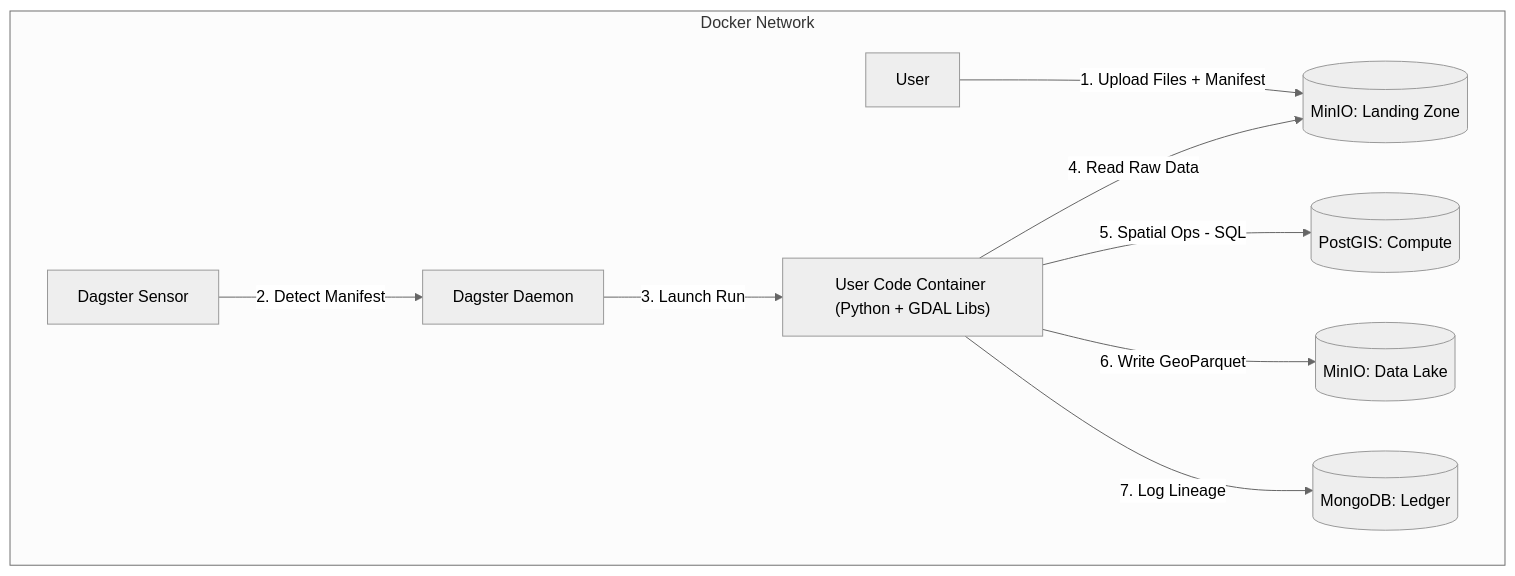
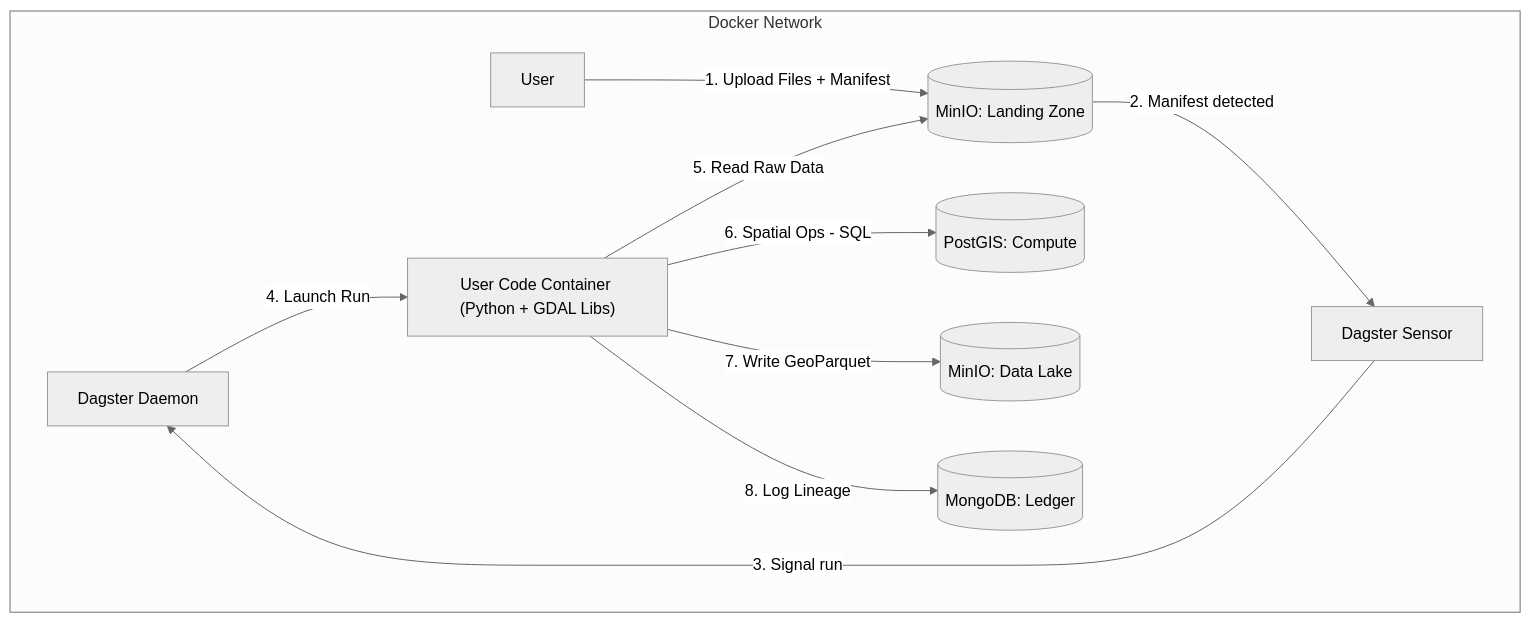
One commit to imarshallwidjaja/data-etl-dagster changed the diagram in CONTEXT.md. Above: the diagram before and after it, drawn with Mermaid (neutral theme). The commit also changed other lines of this file and 2 other files, not shown here.

Commit message:
update contexts
fix diagram

Update README.md

change diagram to mermaid

````diff
--- a/CONTEXT.md
+++ b/CONTEXT.md
@@ -29,24 +29,25 @@
 ```mermaid
 graph TD
     subgraph "Docker Network"
         %% Dagster Components
         Daemon[Dagster Daemon]
         Sensor[Dagster Sensor]
         CodeLoc["User Code Container (Python + GDAL Libs)"]
         
         %% Storage & Compute
         Landing[(MinIO: Landing Zone)]
         Lake[(MinIO: Data Lake)]
         Mongo[(MongoDB: Ledger)]
         PostGIS[(PostGIS: Compute)]
         
         %% Data Flow
         User -->|1. Upload Files + Manifest| Landing
-        Sensor -->|2. Detect Manifest| Daemon
-        Daemon -->|3. Launch Run| CodeLoc
-        CodeLoc -->|4. Read Raw Data| Landing
-        CodeLoc -->|5. Spatial Ops - SQL| PostGIS
-        CodeLoc -->|6. Write GeoParquet| Lake
-        CodeLoc -->|7. Log Lineage| Mongo
+        Landing -->|2. Manifest detected| Sensor
+        Sensor -->|3. Signal run| Daemon
+        Daemon -->|4. Launch Run| CodeLoc
+        CodeLoc -->|5. Read Raw Data| Landing
+        CodeLoc -->|6. Spatial Ops - SQL| PostGIS
+        CodeLoc -->|7. Write GeoParquet| Lake
+        CodeLoc -->|8. Log Lineage| Mongo
     end
 ```
````
